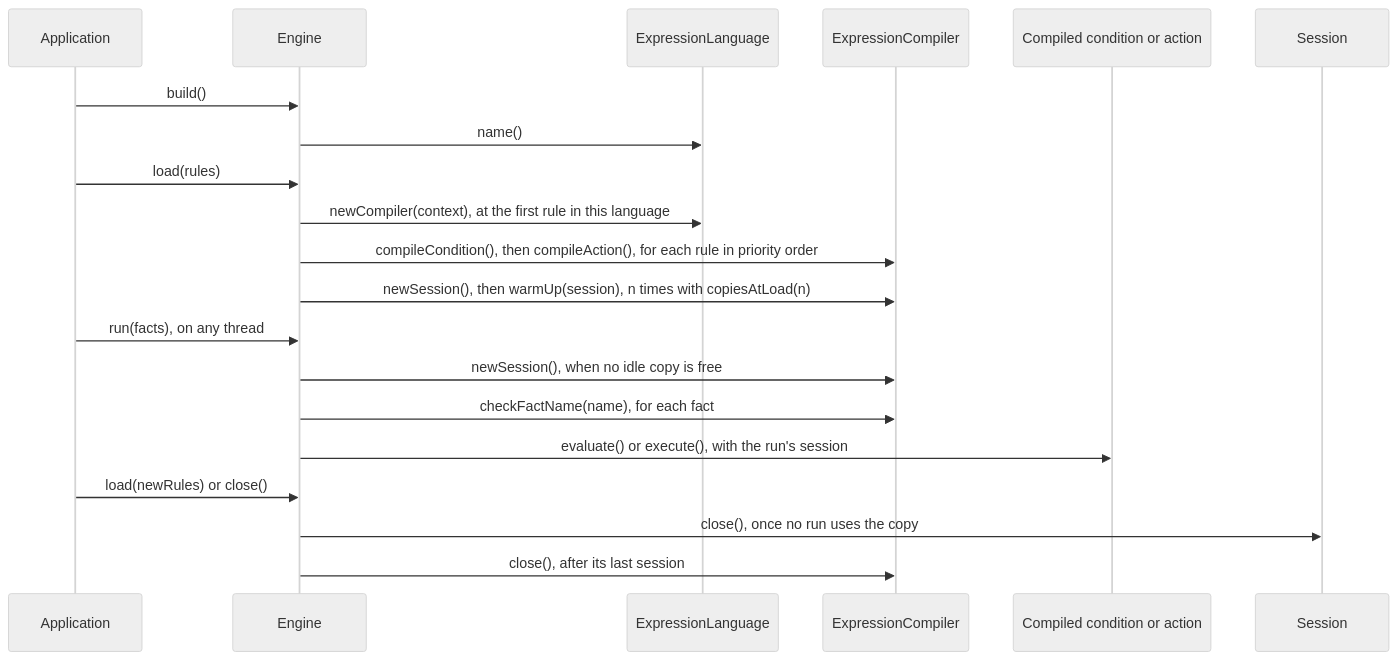
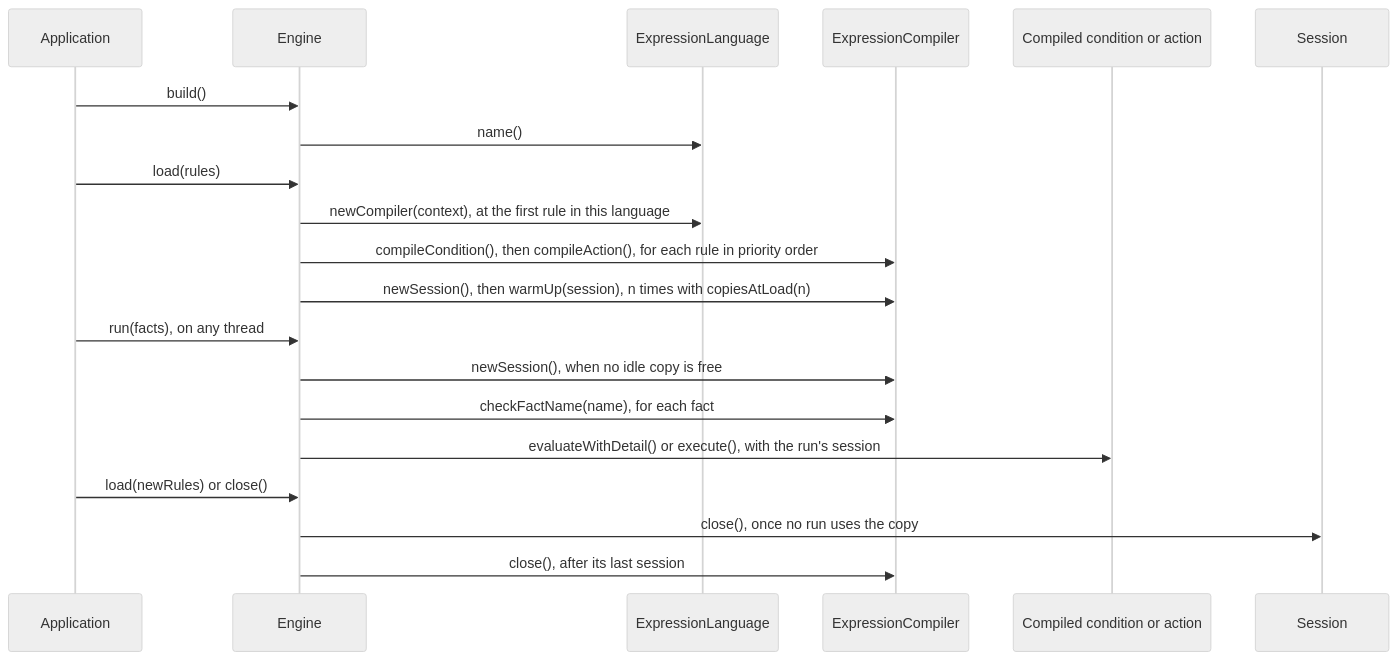
Before and after one commit to brantunger/unruly-engine: the diagram in docs/languages/custom.md, drawn with Mermaid (neutral theme). The commit also changed other lines of this file and 14 other files, not shown here.

````diff
--- a/docs/languages/custom.md
+++ b/docs/languages/custom.md
@@ -36,22 +36,22 @@
 ```mermaid
 sequenceDiagram
     participant App as Application
     participant Engine
     participant Lang as ExpressionLanguage
     participant Comp as ExpressionCompiler
     participant Expr as Compiled condition or action
     participant Sess as Session
     App->>Engine: build()
     Engine->>Lang: name()
     App->>Engine: load(rules)
     Engine->>Lang: newCompiler(context), at the first rule in this language
     Engine->>Comp: compileCondition(), then compileAction(), for each rule in priority order
     Engine->>Comp: newSession(), then warmUp(session), n times with copiesAtLoad(n)
     App->>Engine: run(facts), on any thread
     Engine->>Comp: newSession(), when no idle copy is free
     Engine->>Comp: checkFactName(name), for each fact
-    Engine->>Expr: evaluate() or execute(), with the run's session
+    Engine->>Expr: evaluateWithDetail() or execute(), with the run's session
     App->>Engine: load(newRules) or close()
     Engine->>Sess: close(), once no run uses the copy
     Engine->>Comp: close(), after its last session
 ```
````
